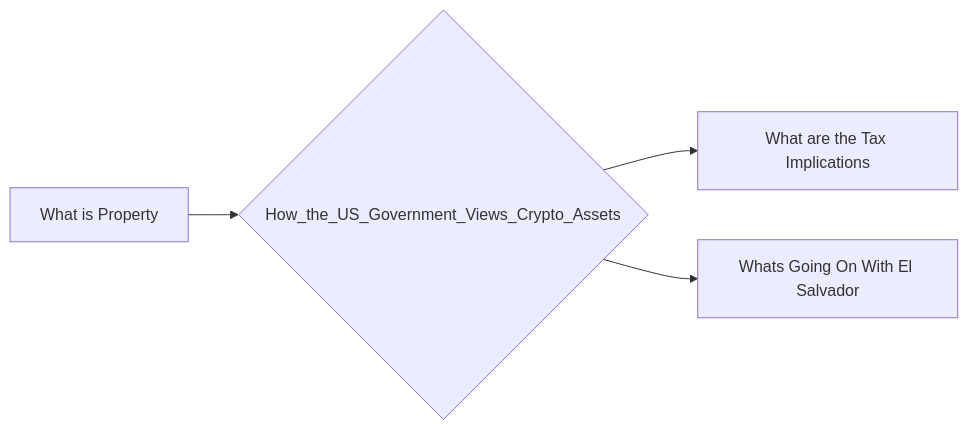
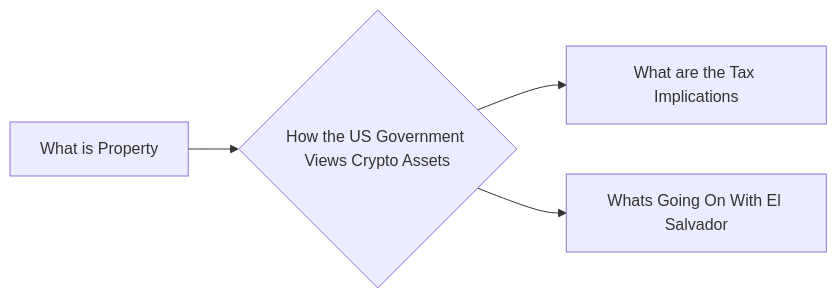
Before and after one commit to lpurdy01/crypto-knowledge-map: the diagram in notes/How_the_US_Government_Views_Crypto_Assets.md, drawn with Mermaid. The commit also changed 58 other files, not shown here.

````diff
--- a/notes/How_the_US_Government_Views_Crypto_Assets.md
+++ b/notes/How_the_US_Government_Views_Crypto_Assets.md
@@ -6,6 +6,6 @@
 ```mermaid
 graph LR
-1["What is Property"]-->0{"How_the_US_Government_Views_Crypto_Assets"}
-0{"How_the_US_Government_Views_Crypto_Assets"}-->2["What are the Tax Implications"]
-0{"How_the_US_Government_Views_Crypto_Assets"}-->3["Whats Going On With El Salvador"]
+1["What is Property"]-->0{"How the US Government Views Crypto Assets"}
+0{"How the US Government Views Crypto Assets"}-->2["What are the Tax Implications"]
+0{"How the US Government Views Crypto Assets"}-->3["Whats Going On With El Salvador"]
 ```
````
